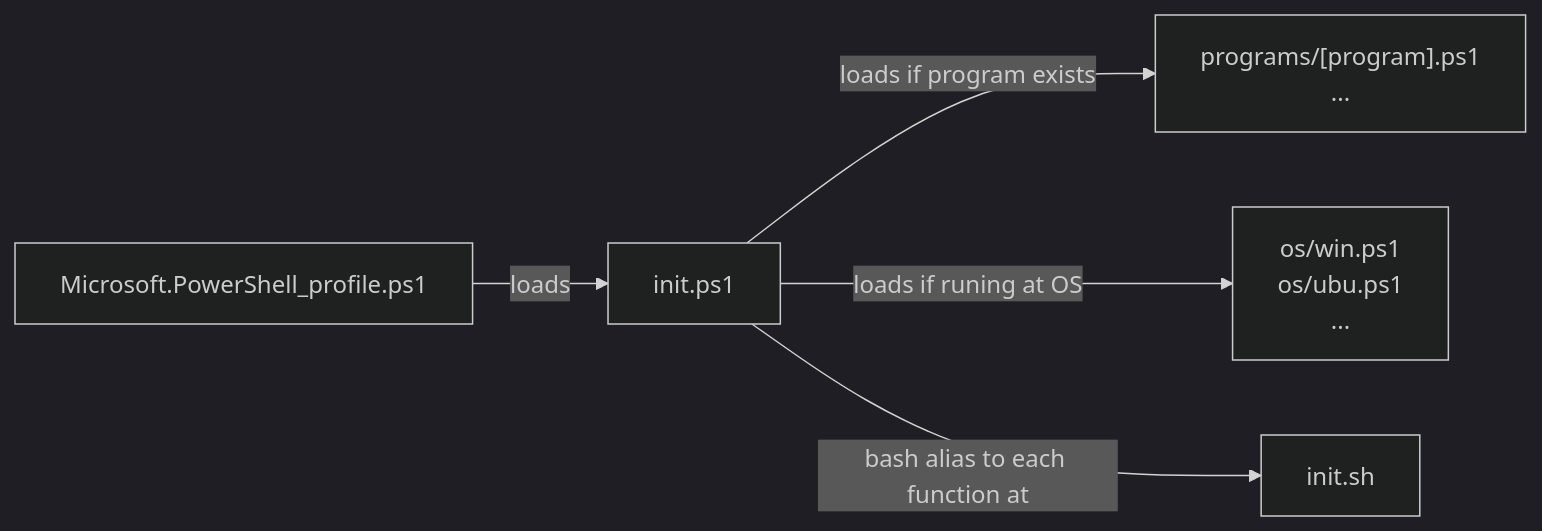
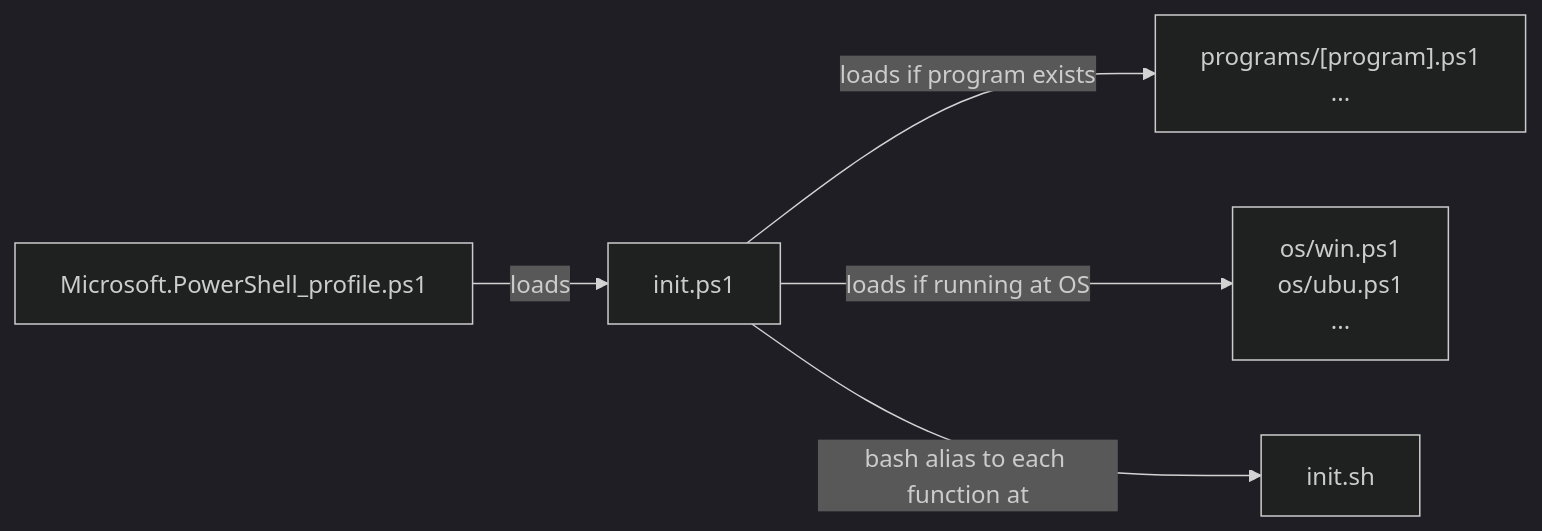
Before and after one commit to alanlivio/ps-sh-helpers: the second of 2 diagrams in README.md, drawn with Mermaid. The commit also changed other lines of this file, not shown here.

````diff
--- a/README.md
+++ b/README.md
@@ -29,21 +29,21 @@
 ```mermaid
 %%{init: {'theme':'dark'}}%%
 flowchart LR
     psprofile["Microsoft.PowerShell_profile.ps1"]
     ps-init["init.ps1"]
     sh-init["init.sh"]
     program-dependent["
         programs/[program].ps1
         ...
     "]
     OS-dependent["
         os/win.ps1
         os/ubu.ps1
         ...
     "]
 
     psprofile--> |"loads"| ps-init
     ps-init --> |"loads if program exists"| program-dependent
-    ps-init --> |"loads if runing at OS"| OS-dependent
+    ps-init --> |"loads if running at OS"| OS-dependent
     ps-init --> |"bash alias to each function at"| sh-init
 ```
````
